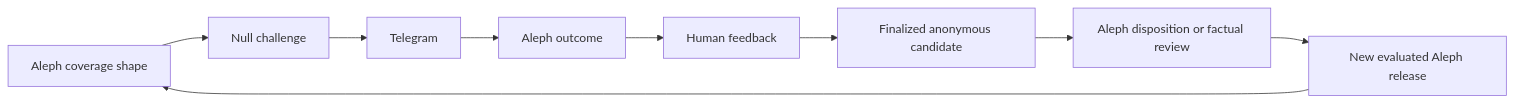
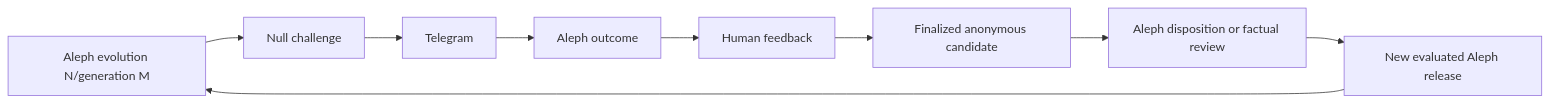
Before and after one commit to wildcat-finance/project-null: the diagram in OUROBOROS.MD, drawn with Mermaid. The commit also changed other lines of this file and 23 other files, not shown here.

First line of the commit message:
Bind Null probes to Aleph evolution and generation (#31)

````diff
--- a/OUROBOROS.MD
+++ b/OUROBOROS.MD
@@ -10,11 +10,11 @@
 ```mermaid
 flowchart LR
-    A["Aleph coverage shape"] --> B["Null challenge"]
+    A["Aleph evolution N/generation M"] --> B["Null challenge"]
     B --> C["Telegram"]
     C --> D["Aleph outcome"]
     D --> E["Human feedback"]
     E --> F["Finalized anonymous candidate"]
     F --> G["Aleph disposition or factual review"]
     G --> H["New evaluated Aleph release"]
     H --> A
 ```
````
